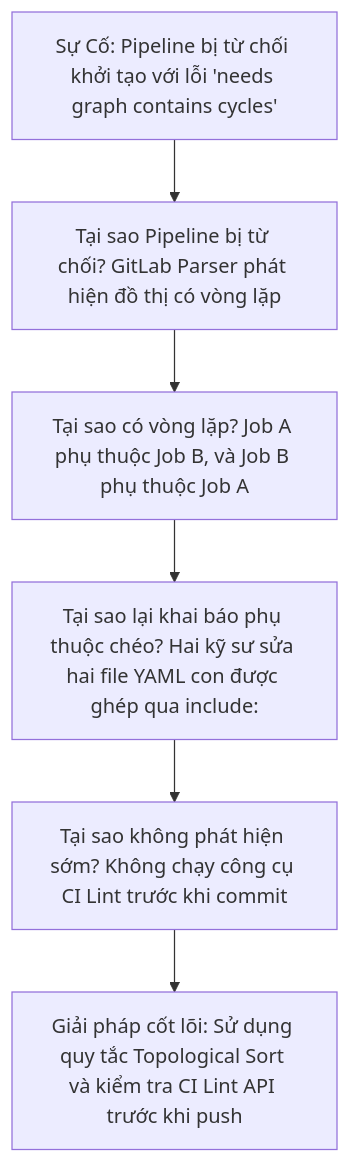
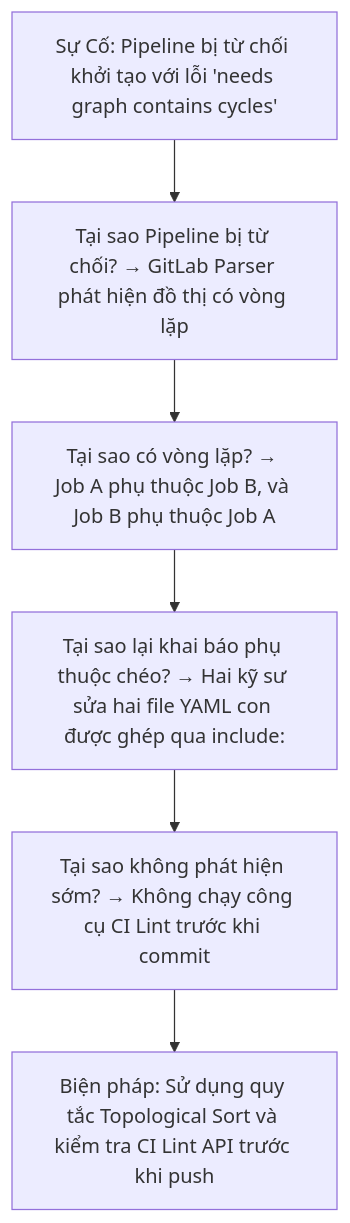
The second of 2 diagrams in _posts/2026-09-12-gitlab-08-08-needs-dag-parallel-matrix.md (kiennt308/ntk), drawn with Mermaid before and after one commit. The commit also changed other lines of this file and 44 other files, not shown here.

Commit message:
docs(posts): standardize presentation format across GitLab CI/CD and CKS/CKAD articles

````diff
--- a/_posts/2026-09-12-gitlab-08-08-needs-dag-parallel-matrix.md
+++ b/_posts/2026-09-12-gitlab-08-08-needs-dag-parallel-matrix.md
@@ -264,11 +262,11 @@
 ```mermaid
 graph TD
     INC["Sự Cố: Pipeline bị từ chối khởi tạo với lỗi 'needs graph contains cycles'"]
-    W1["Tại sao Pipeline bị từ chối? GitLab Parser phát hiện đồ thị có vòng lặp"]
-    W2["Tại sao có vòng lặp? Job A phụ thuộc Job B, và Job B phụ thuộc Job A"]
-    W3["Tại sao lại khai báo phụ thuộc chéo? Hai kỹ sư sửa hai file YAML con được ghép qua include:"]
-    W4["Tại sao không phát hiện sớm? Không chạy công cụ CI Lint trước khi commit"]
-    W5["Giải pháp cốt lõi: Sử dụng quy tắc Topological Sort và kiểm tra CI Lint API trước khi push"]
+    W1["Tại sao Pipeline bị từ chối? &rarr; GitLab Parser phát hiện đồ thị có vòng lặp"]
+    W2["Tại sao có vòng lặp? &rarr; Job A phụ thuộc Job B, và Job B phụ thuộc Job A"]
+    W3["Tại sao lại khai báo phụ thuộc chéo? &rarr; Hai kỹ sư sửa hai file YAML con được ghép qua include:"]
+    W4["Tại sao không phát hiện sớm? &rarr; Không chạy công cụ CI Lint trước khi commit"]
+    W5["Biện pháp: Sử dụng quy tắc Topological Sort và kiểm tra CI Lint API trước khi push"]
     
     INC --> W1 --> W2 --> W3 --> W4 --> W5
 ```
````
